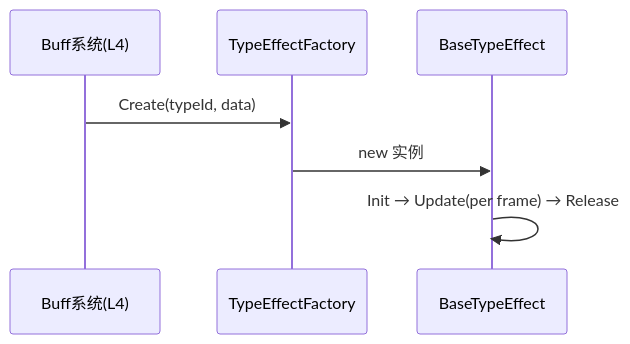
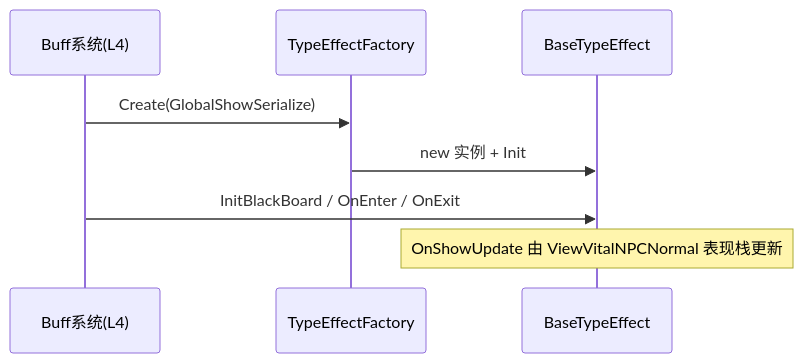
Before and after one commit to BoyLei/Stars: the fourth of 4 diagrams in diagrams/battle/L5_SUPPORT_SYS.md, drawn with Mermaid. The commit also changed other lines of this file and 135 other files, not shown here.

Commit message:
Refactor Stars client module and startup flow

````diff
--- a/diagrams/battle/L5_SUPPORT_SYS.md
+++ b/diagrams/battle/L5_SUPPORT_SYS.md
@@ -75,9 +105,10 @@
 ```mermaid
 sequenceDiagram
     participant Buff as Buff系统(L4)
     participant Fac as TypeEffectFactory
     participant BE as BaseTypeEffect
-    Buff->>Fac: Create(typeId, data)
-    Fac->>BE: new 实例
-    BE->>BE: Init → Update(per frame) → Release
+    Buff->>Fac: Create(GlobalShowSerialize)
+    Fac->>BE: new 实例 + Init
+    Buff->>BE: InitBlackBoard / OnEnter / OnExit
+    Note over BE: OnShowUpdate 由 ViewVitalNPCNormal 表现栈更新
 ```
````
